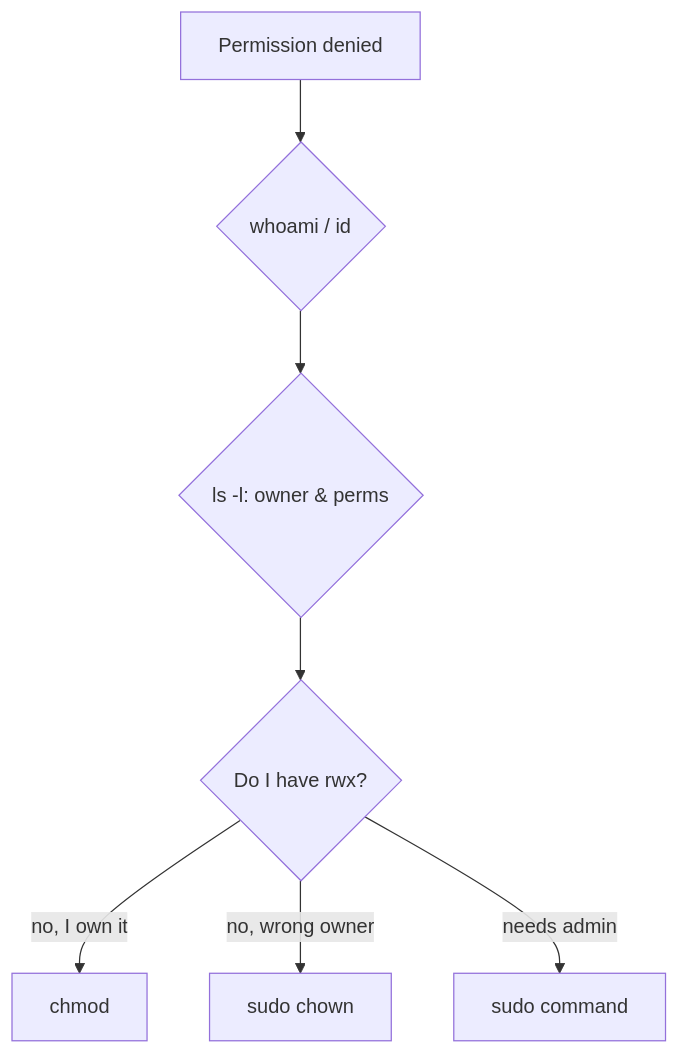
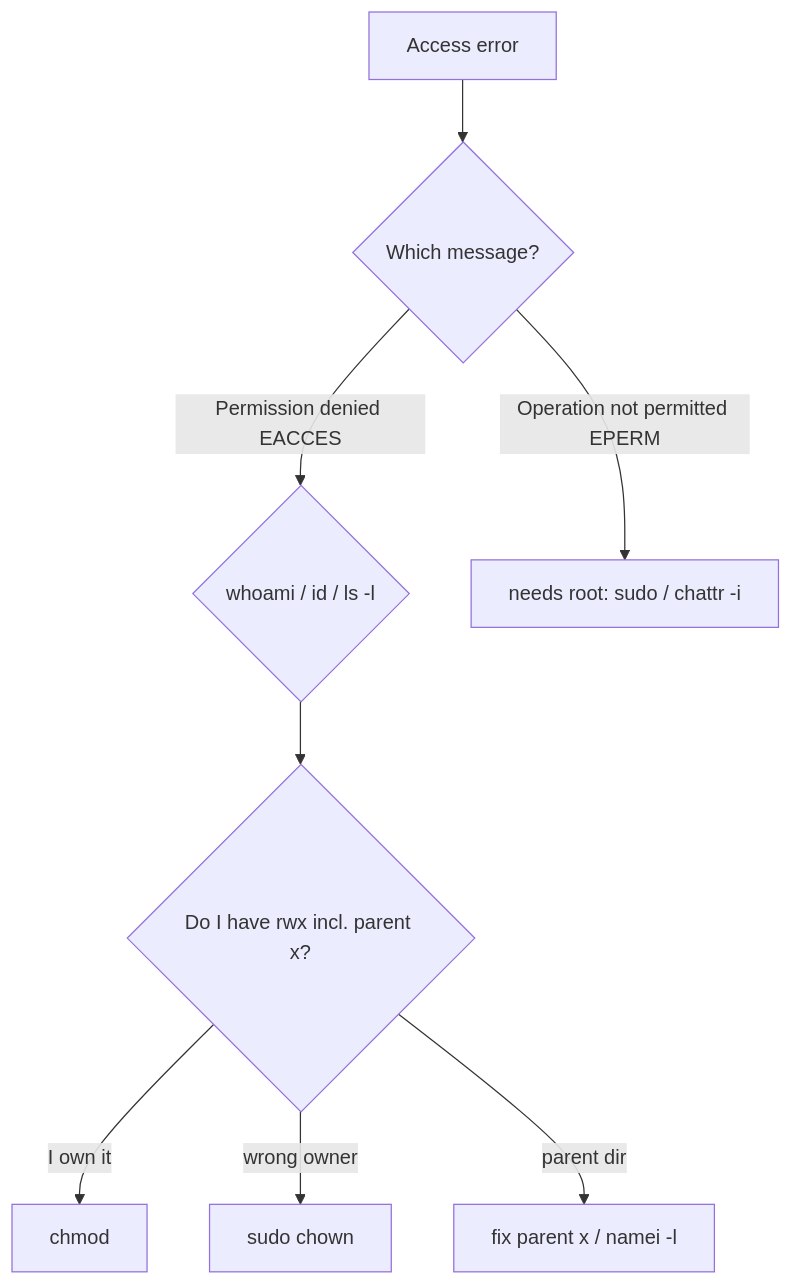
The diagram in 04-users-groups-permissions/permission-troubleshooting.md (cloud-prakhar/learning-linux), drawn with Mermaid before and after one commit. The commit also changed other lines of this file and 69 other files, not shown here.

````diff
--- a/04-users-groups-permissions/permission-troubleshooting.md
+++ b/04-users-groups-permissions/permission-troubleshooting.md
@@ -30,9 +35,10 @@
 ```mermaid
 flowchart TD
-    E[Permission denied] --> A{whoami / id}
-    A --> B{ls -l: owner & perms}
-    B --> C{Do I have rwx?}
-    C -->|no, I own it| Chmod[chmod]
-    C -->|no, wrong owner| Chown[sudo chown]
-    C -->|needs admin| Sudo[sudo command]
+    E[Access error] --> Q{Which message?}
+    Q -->|Permission denied EACCES| A{whoami / id / ls -l}
+    A --> B{Do I have rwx incl. parent x?}
+    B -->|I own it| Chmod[chmod]
+    B -->|wrong owner| Chown[sudo chown]
+    B -->|parent dir| Px[fix parent x / namei -l]
+    Q -->|Operation not permitted EPERM| Sudo[needs root: sudo / chattr -i]
 ```
````
